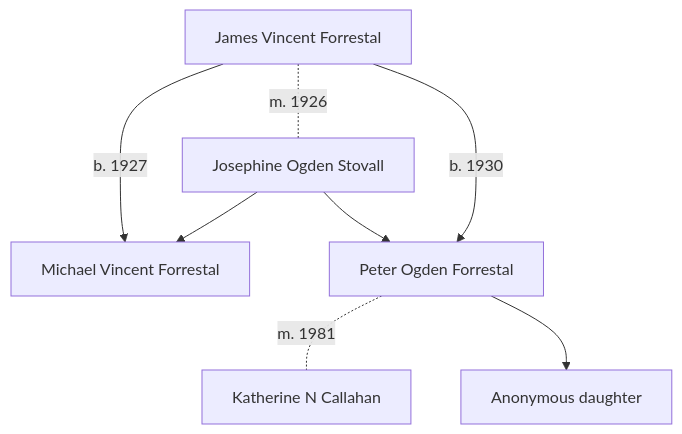
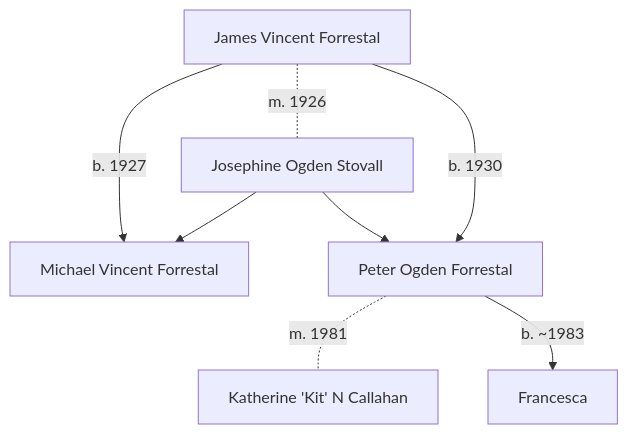
The diagram in docs/people/forrestal_james.md (Black-Star-Institute/blackstar.github.io), drawn with Mermaid before and after one commit. The commit also changed other lines of this file, not shown here.

Commit message:
kit gave birth to francesca
https://www.ancestry.com/mediaui-viewer/collection/1030/tree/62126081/person/32264616114/media/042cf328-15ff-4e17-b636-52efdc2a09e3

````diff
--- a/docs/people/forrestal_james.md
+++ b/docs/people/forrestal_james.md
@@ -13,10 +13,10 @@
 ```mermaid
 graph TD;
   james[James Vincent Forrestal] -- "b. 1927" --> michael[Michael Vincent Forrestal]
   james -. "m. 1926" .- josephine
   josephine[ Josephine Ogden Stovall] --> michael
   james -- "b. 1930" --> peter[Peter Ogden Forrestal]
   josephine --> peter
-  peter -. "m. 1981" .- kath[Katherine N Callahan]
-  peter --> anon2[Anonymous daughter]
+  peter -. "m. 1981" .- kath[Katherine 'Kit' N Callahan]
+  peter -- "b. ~1983" --> fran[Francesca]
 ```
````
